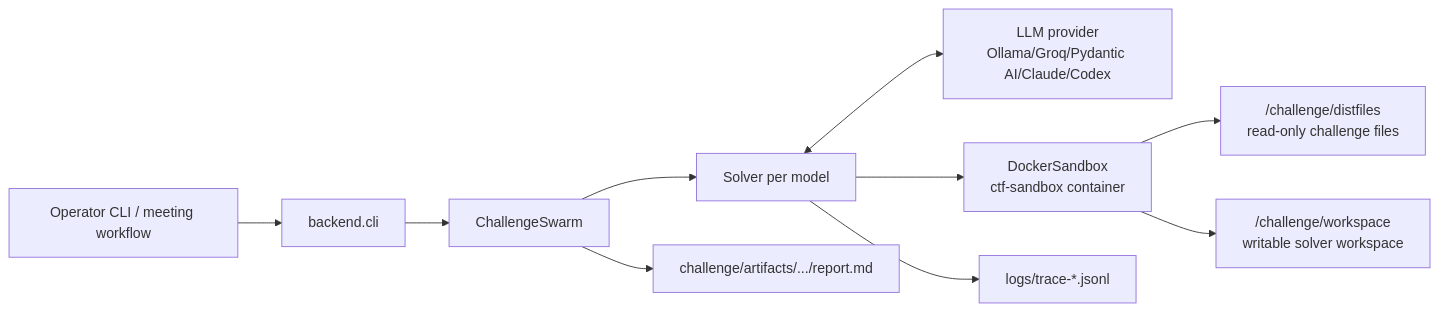
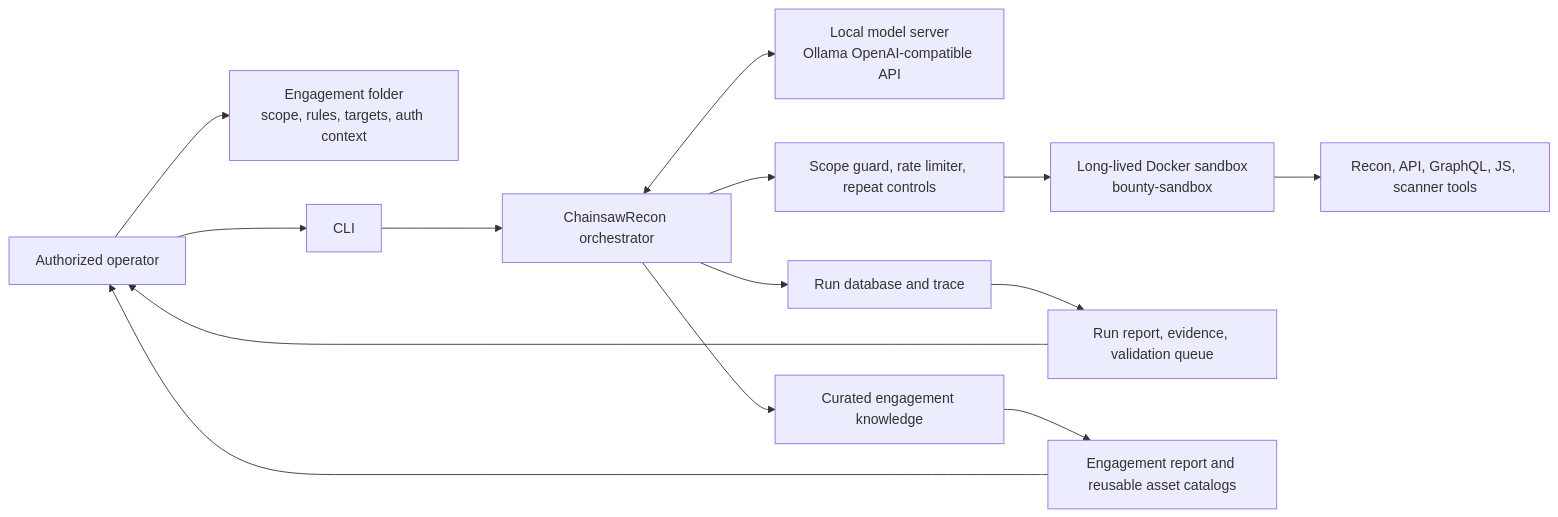
The first of 4 diagrams in architecture.md (R1zoro/ChainsawRecon), drawn with Mermaid before and after one commit. The commit also changed other lines of this file and 23 other files, not shown here.

````diff
--- a/architecture.md
+++ b/architecture.md
@@ -7,23 +21,16 @@
 ```mermaid
 flowchart LR
-    OP["Operator CLI / meeting workflow"]
-    CLI["backend.cli"]
-    SWARM["ChallengeSwarm"]
-    SOLVER["Solver per model"]
-    LLM["LLM provider\nOllama/Groq/Pydantic AI/Claude/Codex"]
-    DOCKER["DockerSandbox\nctf-sandbox container"]
-    DIST["/challenge/distfiles\nread-only challenge files"]
-    WS["/challenge/workspace\nwritable solver workspace"]
-    TRACE["logs/trace-*.jsonl"]
-    REPORT["challenge/artifacts/.../report.md"]
-
-    OP --> CLI
-    CLI --> SWARM
-    SWARM --> SOLVER
-    SOLVER <--> LLM
-    SOLVER --> DOCKER
-    DOCKER --> DIST
-    DOCKER --> WS
-    SOLVER --> TRACE
-    SWARM --> REPORT
+    O["Authorized operator"] --> E["Engagement folder\nscope, rules, targets, auth context"]
+    O --> C["CLI"]
+    C --> A["ChainsawRecon orchestrator"]
+    A <--> M["Local model server\nOllama OpenAI-compatible API"]
+    A --> G["Scope guard, rate limiter, repeat controls"]
+    G --> S["Long-lived Docker sandbox\nbounty-sandbox"]
+    S --> T["Recon, API, GraphQL, JS, scanner tools"]
+    A --> R["Run database and trace"]
+    A --> K["Curated engagement knowledge"]
+    R --> H["Run report, evidence, validation queue"]
+    K --> H2["Engagement report and reusable asset catalogs"]
+    H --> O
+    H2 --> O
 ```
````
